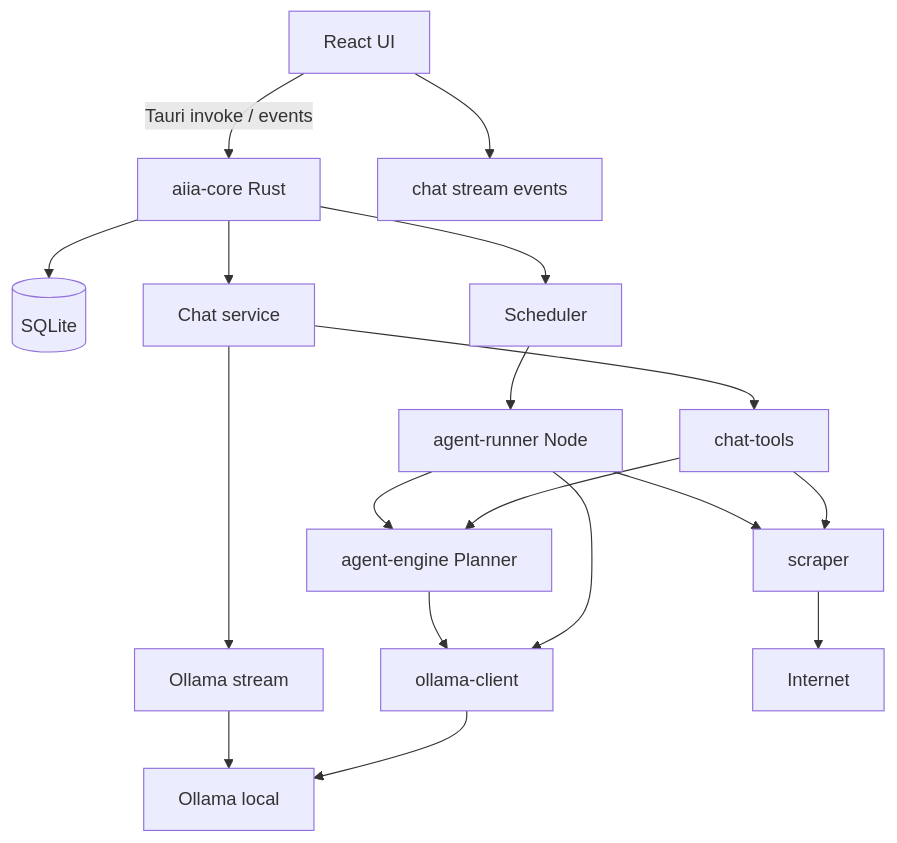
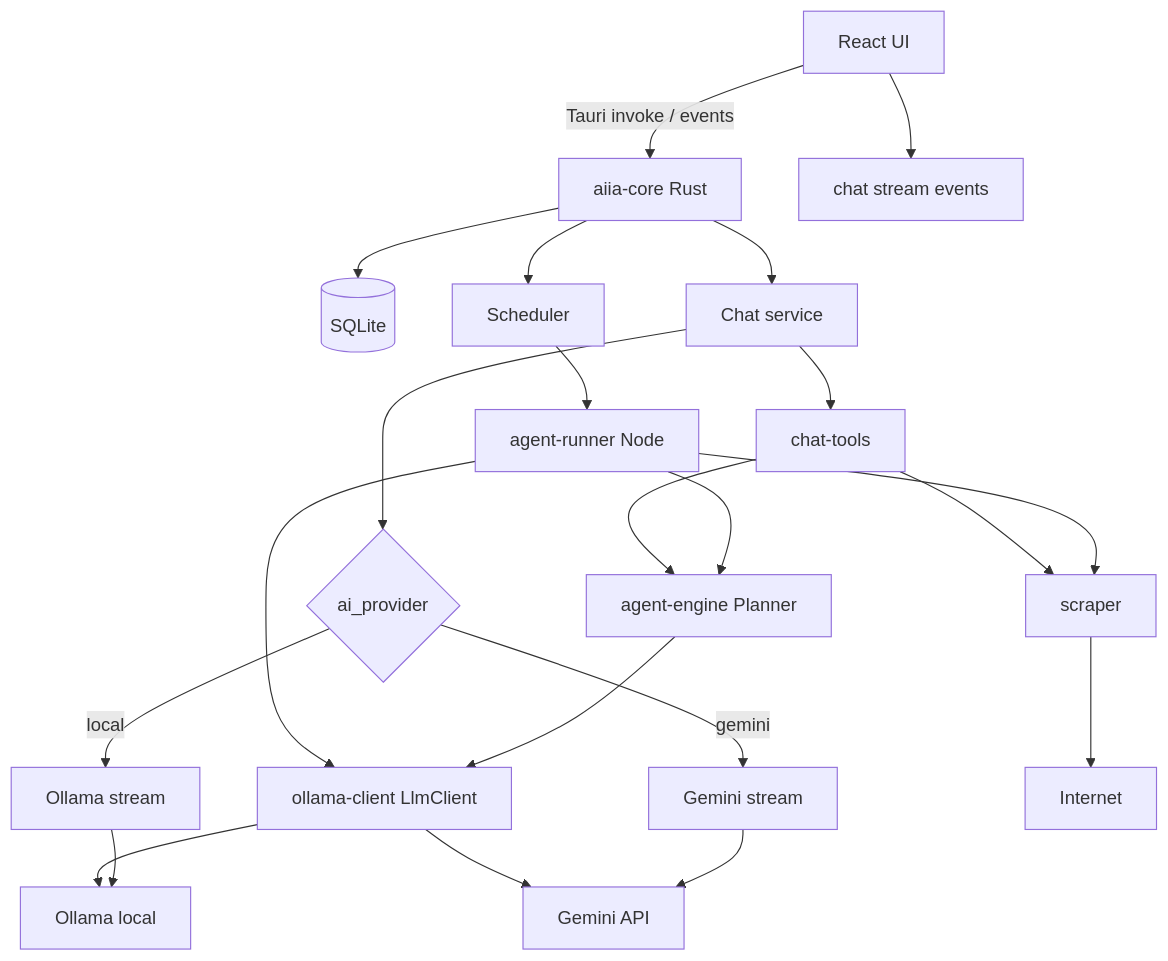
One commit to alkalo/AIIA changed the diagram in docs/architecture.md. Above: the diagram before and after it, drawn with Mermaid. The commit also changed other lines of this file and 33 other files, not shown here.

First line of the commit message:
Add optional Gemini provider alongside local Ollama for chat and agents.

````diff
--- a/docs/architecture.md
+++ b/docs/architecture.md
@@ -5,20 +5,24 @@
 ```mermaid
 flowchart TB
     UI[React UI] -->|Tauri invoke / events| Core[aiia-core Rust]
     UI --> ChatStream[chat stream events]
     Core --> DB[(SQLite)]
     Core --> Scheduler[Scheduler]
     Core --> ChatSvc[Chat service]
-    ChatSvc --> OllamaChat[Ollama stream]
+    ChatSvc --> LlmRoute{ai_provider}
+    LlmRoute -->|local| OllamaChat[Ollama stream]
+    LlmRoute -->|gemini| GeminiChat[Gemini stream]
     ChatSvc --> Tools[chat-tools]
     Tools --> Scraper[scraper]
     Tools --> Engine[agent-engine Planner]
     Scheduler --> Runner[agent-runner Node]
     Runner --> Engine
     Runner --> Scraper
-    Runner --> Ollama[ollama-client]
-    Engine --> Ollama
+    Runner --> Llm[ollama-client LlmClient]
+    Engine --> Llm
     Scraper --> Web[Internet]
-    Ollama --> OllamaSrv[Ollama local]
+    Llm --> OllamaSrv[Ollama local]
+    Llm --> GeminiApi[Gemini API]
     OllamaChat --> OllamaSrv
+    GeminiChat --> GeminiApi
 ```
````
